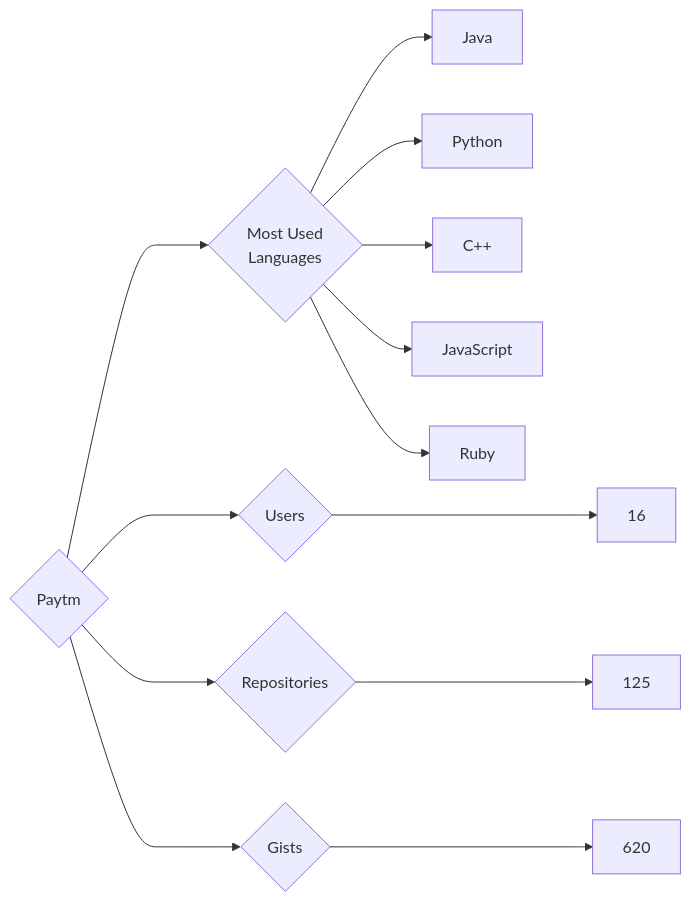
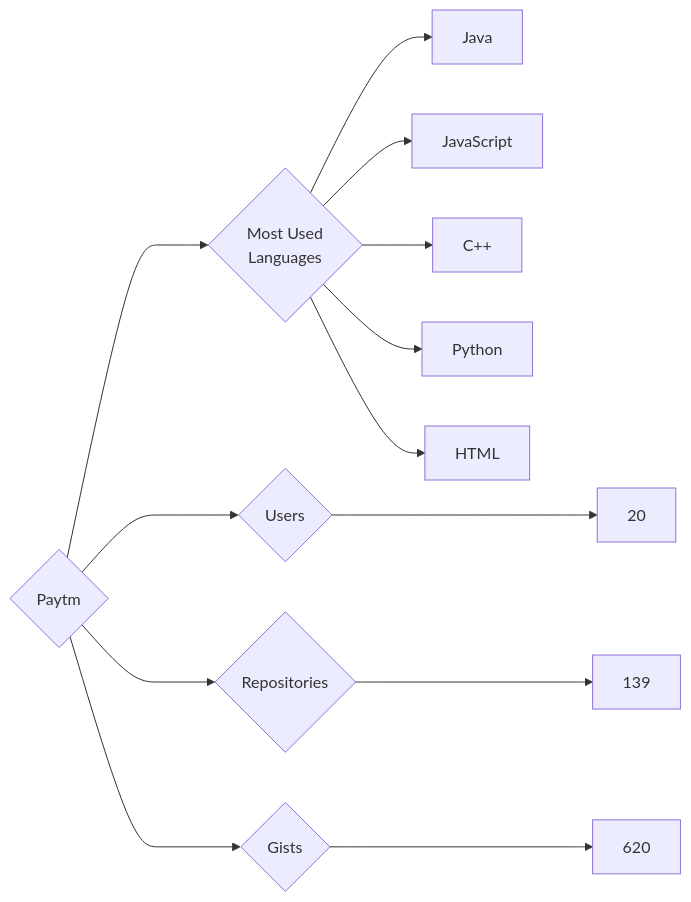
One commit to trickest/insiders changed the diagram in targets/Paytm/README.md. Above: the diagram before and after it, drawn with Mermaid. The commit also changed 1484 other files, not shown here.

````diff
--- a/targets/Paytm/README.md
+++ b/targets/Paytm/README.md
@@ -3,13 +3,13 @@
 ```mermaid
 graph LR
 COMPANY_NAME{Paytm}
-COMPANY_NAME ---> U{Users} ---> UN[16]
-COMPANY_NAME ---> R{Repositories} ---> RN[125]
+COMPANY_NAME ---> U{Users} ---> UN[20]
+COMPANY_NAME ---> R{Repositories} ---> RN[139]
 COMPANY_NAME ---> G{Gists} ---> GN[620]
 COMPANY_NAME ---> ML{Most Used<br>Languages}
 ML --> Java[Java]
+ML --> JavaScript[JavaScript]
+ML --> C++[C++]
 ML --> Python[Python]
-ML --> C++[C++]
-ML --> JavaScript[JavaScript]
-ML --> Ruby[Ruby]
+ML --> HTML[HTML]
 ```
````
